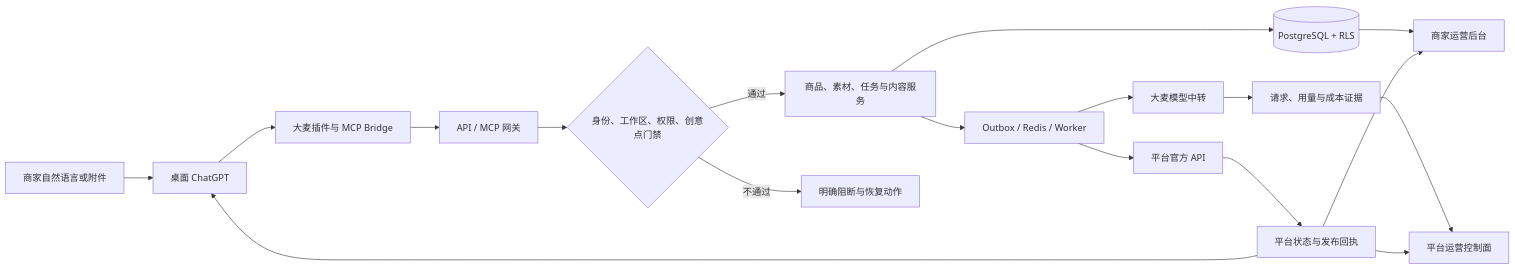
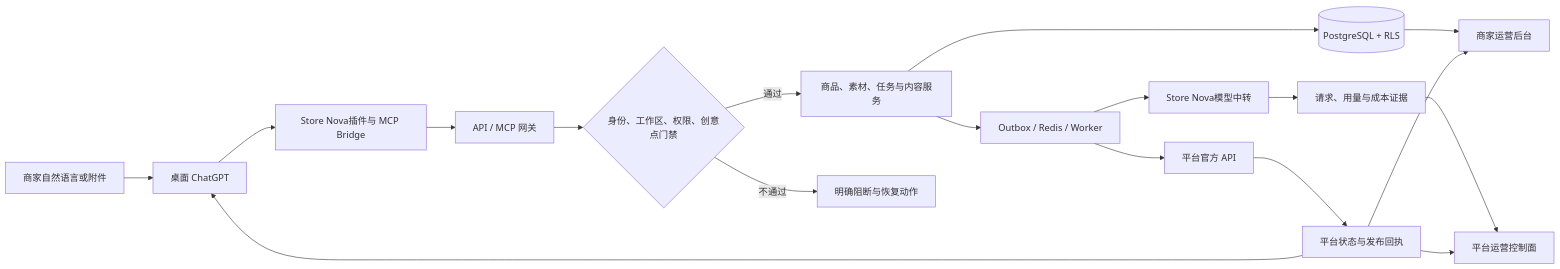
Before and after one commit to Nova-raiding/nova: the diagram in docs/product-usage-guide.md, drawn with Mermaid. The commit also changed other lines of this file and 141 other files, not shown here.

````diff
--- a/docs/product-usage-guide.md
+++ b/docs/product-usage-guide.md
@@ -21,20 +21,20 @@
 ```mermaid
 flowchart LR
     A[商家自然语言或附件] --> B[桌面 ChatGPT]
-    B --> C[大麦插件与 MCP Bridge]
+    B --> C[Store Nova插件与 MCP Bridge]
     C --> D[API / MCP 网关]
     D --> E{身份、工作区、权限、创意点门禁}
     E -->|通过| F[商品、素材、任务与内容服务]
     E -->|不通过| G[明确阻断与恢复动作]
     F --> H[(PostgreSQL + RLS)]
     F --> I[Outbox / Redis / Worker]
-    I --> J[大麦模型中转]
+    I --> J[Store Nova模型中转]
     I --> K[平台官方 API]
     J --> L[请求、用量与成本证据]
     K --> M[平台状态与发布回执]
     H --> N[商家运营后台]
     L --> O[平台运营控制面]
     M --> B
     M --> N
     M --> O
 ```
````
